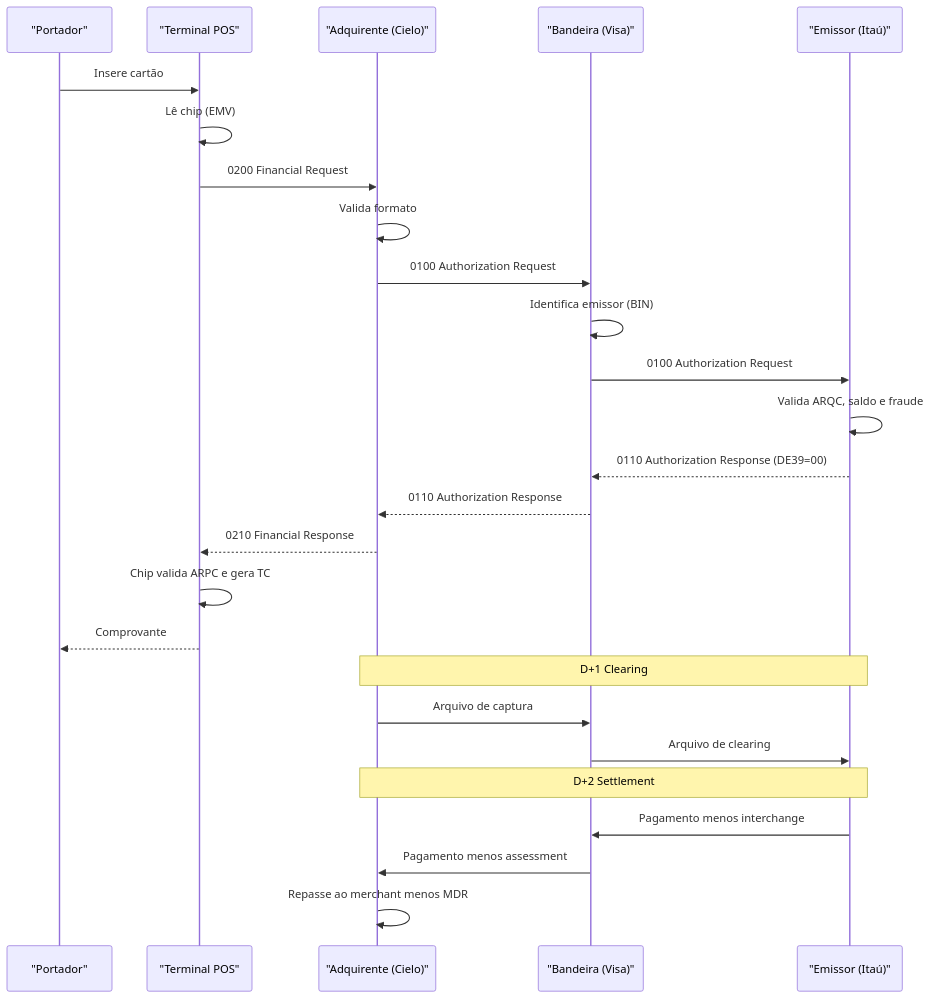
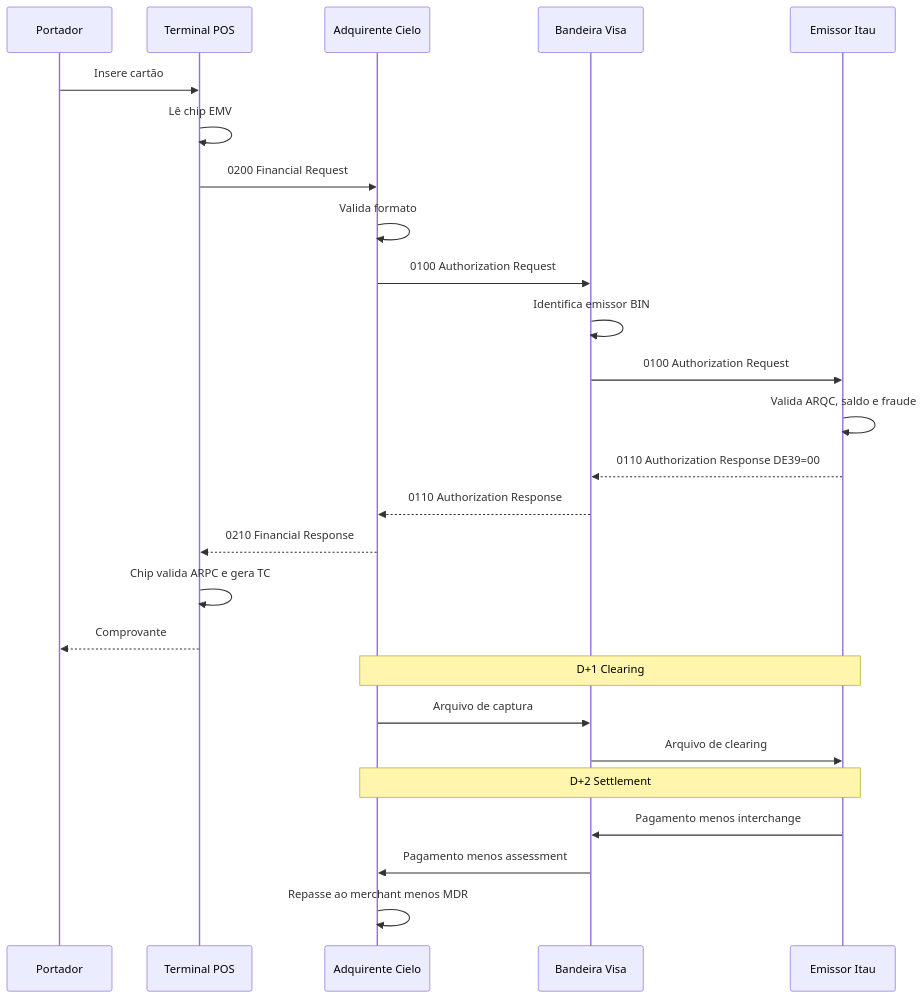
One commit to wesleyosantos91/ISO-8583-Master-Class changed the diagram in fase-01-fundacao/semana-01/teoria.md. Above: the diagram before and after it, drawn with Mermaid.

Commit message:
fix: corrige diagrama Mermaid da semana 1 (seção 2.2)
Remove aspas dos aliases de participantes e parênteses nos nomes,
que impediam a renderização do diagrama em GitHub e outros ambientes
compatíveis com Mermaid.

https://claude.ai/code/session_01PT7oHVV72159aKftpZLLwM

````diff
--- a/fase-01-fundacao/semana-01/teoria.md
+++ b/fase-01-fundacao/semana-01/teoria.md
@@ -184,31 +184,31 @@
 ```mermaid
 sequenceDiagram
-    participant P as "Portador"
-    participant POS as "Terminal POS"
-    participant ACQ as "Adquirente (Cielo)"
-    participant NET as "Bandeira (Visa)"
-    participant ISS as "Emissor (Itaú)"
+    participant P as Portador
+    participant POS as Terminal POS
+    participant ACQ as Adquirente Cielo
+    participant NET as Bandeira Visa
+    participant ISS as Emissor Itau
 
     P->>POS: Insere cartão
-    POS->>POS: Lê chip (EMV)
+    POS->>POS: Lê chip EMV
     POS->>ACQ: 0200 Financial Request
     ACQ->>ACQ: Valida formato
     ACQ->>NET: 0100 Authorization Request
-    NET->>NET: Identifica emissor (BIN)
+    NET->>NET: Identifica emissor BIN
     NET->>ISS: 0100 Authorization Request
     ISS->>ISS: Valida ARQC, saldo e fraude
-    ISS-->>NET: 0110 Authorization Response (DE39=00)
+    ISS-->>NET: 0110 Authorization Response DE39=00
     NET-->>ACQ: 0110 Authorization Response
     ACQ-->>POS: 0210 Financial Response
     POS->>POS: Chip valida ARPC e gera TC
     POS-->>P: Comprovante
 
     Note over ACQ,ISS: D+1 Clearing
     ACQ->>NET: Arquivo de captura
     NET->>ISS: Arquivo de clearing
 
     Note over ACQ,ISS: D+2 Settlement
     ISS->>NET: Pagamento menos interchange
     NET->>ACQ: Pagamento menos assessment
     ACQ->>ACQ: Repasse ao merchant menos MDR
 ```
````
